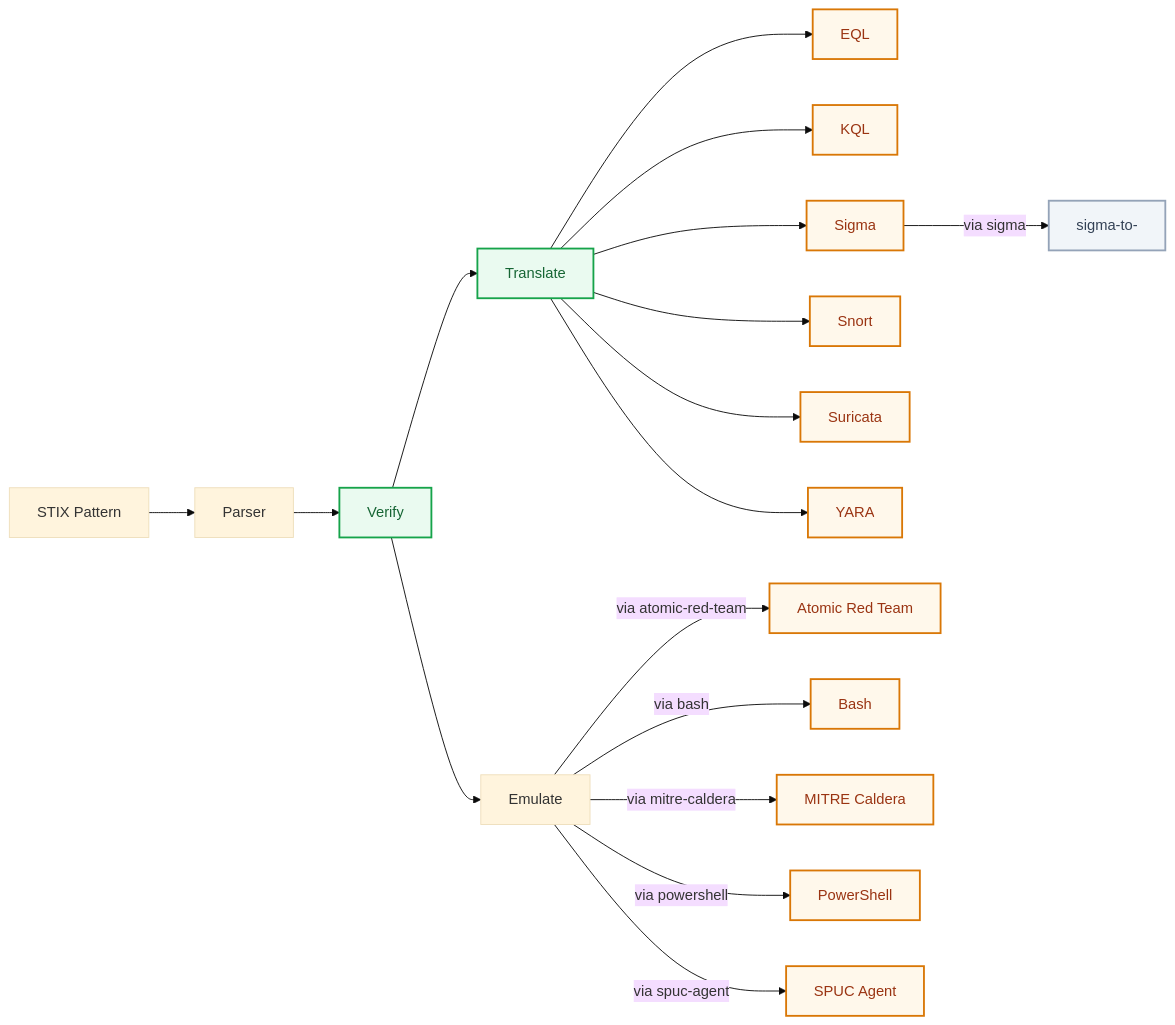
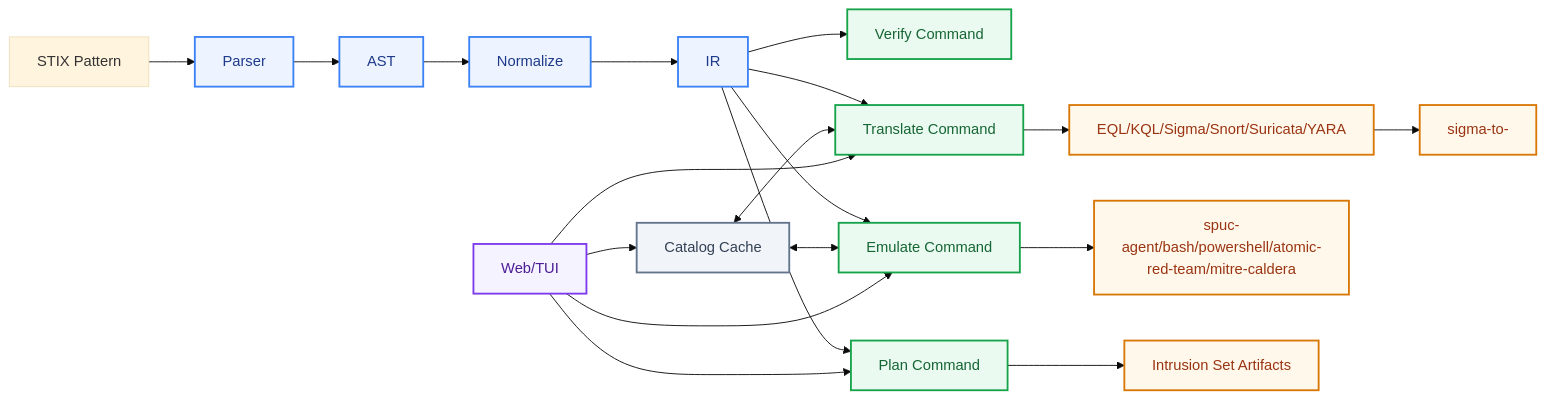
Before and after one commit to febrezo/spuc: the first of 3 diagrams in README.md, drawn with Mermaid (base theme). The commit also changed other lines of this file and 21 other files, not shown here.

````diff
--- a/README.md
+++ b/README.md
@@ -6,28 +6,36 @@
 ```mermaid
 flowchart LR
   A[STIX Pattern] --> B[Parser]
-  B --> D[Verify]
-  D --> E[Translate]
-  D --> Z[Emulate]
-  E --> F[EQL]
-  E --> G[KQL]
-  E --> H[Sigma]
-  E --> I[Snort]
-  E --> J[Suricata]
-  E --> K[YARA]
-  H -->|via sigma| L[sigma-to-<backend>]
-  Z -->|via atomic-red-team| Z1[Atomic Red Team]
-  Z -->|via bash| Z2[Bash]
-  Z -->|via mitre-caldera| Z3[MITRE Caldera]
-  Z -->|via powershell| Z4[PowerShell]
-  Z -->|via spuc-agent| Z5[SPUC Agent]
+  B --> C[AST]
+  C --> D[Normalize]
+  D --> E[IR]
 
-  classDef stix fill:#edf4ff,stroke:#3b82f6,stroke-width:2px,color:#1e3a8a
+  E --> F[Verify Command]
+  E --> G[Translate Command]
+  E --> H[Emulate Command]
+  E --> I[Plan Command]
+
+  G --> J[EQL/KQL/Sigma/Snort/Suricata/YARA]
+  J --> K[sigma-to-<backend>]
+  H --> L[spuc-agent/bash/powershell/atomic-red-team/mitre-caldera]
+  I --> M[Intrusion Set Artifacts]
+
+  N[Catalog Cache] <--> G
+  N <--> H
+  O[Web/TUI] --> N
+  O --> G
+  O --> H
+  O --> I
+
+  classDef core fill:#edf4ff,stroke:#3b82f6,stroke-width:2px,color:#1e3a8a
   classDef command fill:#eafaf0,stroke:#16a34a,stroke-width:2px,color:#166534
-  classDef targets fill:#fff8eb,stroke:#d97706,stroke-width:2px,color:#9a3412
-  classDef sigmaTargets fill:#f1f5f9,stroke:#94a3b8,stroke-width:2px,color:#334155
+  classDef outputs fill:#fff8eb,stroke:#d97706,stroke-width:2px,color:#9a3412
+  classDef storage fill:#f1f5f9,stroke:#64748b,stroke-width:2px,color:#334155
+  classDef ui fill:#f5f3ff,stroke:#7c3aed,stroke-width:2px,color:#4c1d95
 
-  class D,E command
-  class F,G,H,I,J,K,Z1,Z2,Z3,Z4,Z5 targets
-  class L sigmaTargets
+  class B,C,D,E core
+  class F,G,H,I command
+  class J,K,L,M outputs
+  class N storage
+  class O ui
 ```
````
